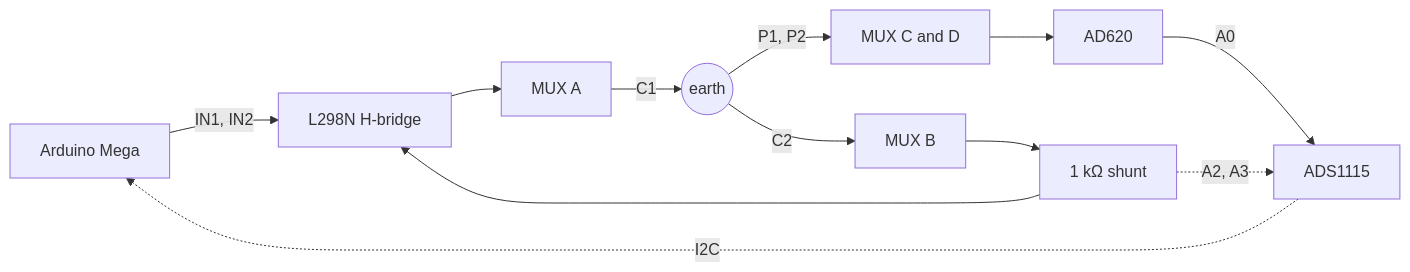
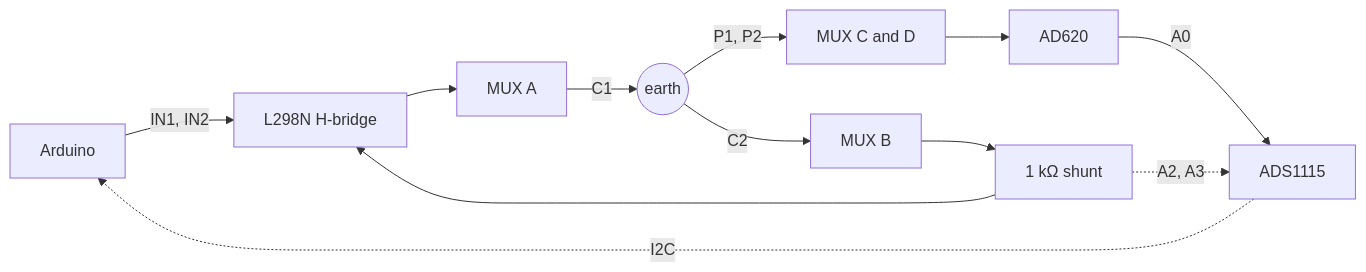
Before and after one commit to CainPatel/diy-ert: the diagram in README.md, drawn with Mermaid. The commit also changed other lines of this file and 32 other files, not shown here.

````diff
--- a/README.md
+++ b/README.md
@@ -40,19 +47,19 @@
 ```mermaid
 flowchart LR
-    mega[Arduino Mega]
+    mega[Arduino]
     bridge[L298N H-bridge]
     muxa[MUX A]
     muxb[MUX B]
     muxcd[MUX C and D]
     amp[AD620]
     shunt["1 kΩ shunt"]
     adc[ADS1115]
     earth((earth))
 
     mega -->|IN1, IN2| bridge
     bridge --> muxa -->|C1| earth
     earth -->|C2| muxb --> shunt --> bridge
     earth -->|P1, P2| muxcd --> amp -->|A0| adc
     shunt -.->|A2, A3| adc
     adc -.->|I2C| mega
 ```
````
